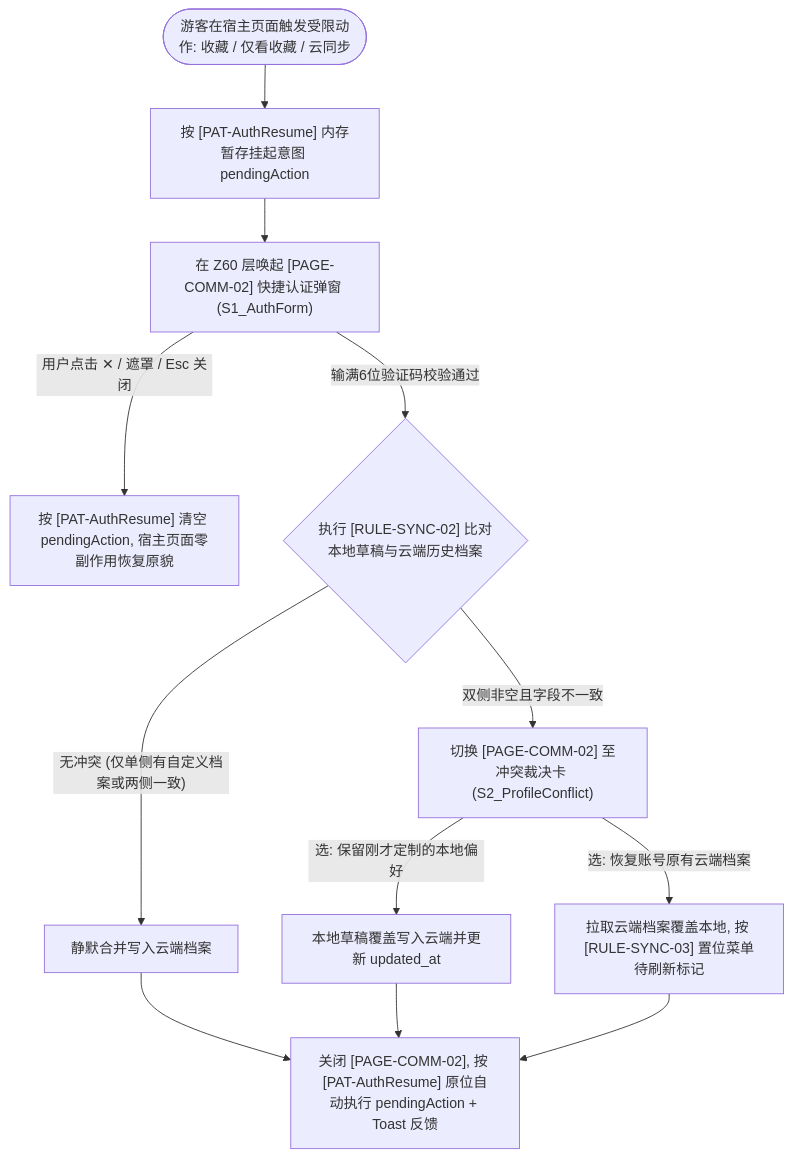
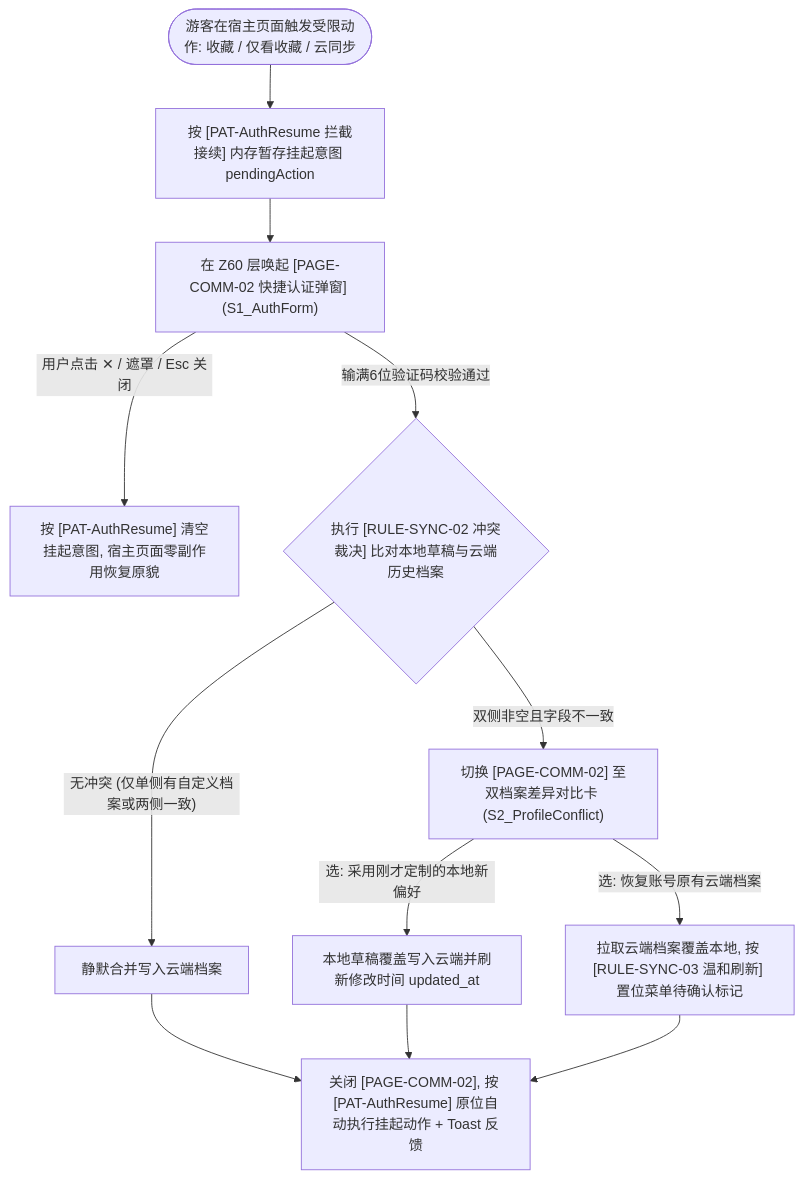
The second of 2 diagrams in Product/spec/04-ia-and-flows/flows/auth-and-onboarding.md (icecream154/Cookbook), drawn with Mermaid before and after one commit. The commit also changed other lines of this file and 43 other files, not shown here.

````diff
--- a/Product/spec/04-ia-and-flows/flows/auth-and-onboarding.md
+++ b/Product/spec/04-ia-and-flows/flows/auth-and-onboarding.md
@@ -46,16 +46,16 @@
 ```mermaid
 flowchart TD
-    TRIGGER(["游客在宿主页面触发受限动作: 收藏 / 仅看收藏 / 云同步"]) --> RECORD_ACT["按 [PAT-AuthResume] 内存暂存挂起意图 pendingAction"]
-    RECORD_ACT --> OPEN_AUTH["在 Z60 层唤起 [PAGE-COMM-02] 快捷认证弹窗 (S1_AuthForm)"]
+    TRIGGER(["游客在宿主页面触发受限动作: 收藏 / 仅看收藏 / 云同步"]) --> RECORD_ACT["按 [PAT-AuthResume 拦截接续] 内存暂存挂起意图 pendingAction"]
+    RECORD_ACT --> OPEN_AUTH["在 Z60 层唤起 [PAGE-COMM-02 快捷认证弹窗] (S1_AuthForm)"]
 
-    OPEN_AUTH -- "用户点击 ✕ / 遮罩 / Esc 关闭" --> ABORT["按 [PAT-AuthResume] 清空 pendingAction, 宿主页面零副作用恢复原貌"]
-    OPEN_AUTH -- "输满6位验证码校验通过" --> DIFF_CHECK{"执行 [RULE-SYNC-02] 比对本地草稿与云端历史档案"}
+    OPEN_AUTH -- "用户点击 ✕ / 遮罩 / Esc 关闭" --> ABORT["按 [PAT-AuthResume] 清空挂起意图, 宿主页面零副作用恢复原貌"]
+    OPEN_AUTH -- "输满6位验证码校验通过" --> DIFF_CHECK{"执行 [RULE-SYNC-02 冲突裁决] 比对本地草稿与云端历史档案"}
 
     DIFF_CHECK -- "无冲突 (仅单侧有自定义档案或两侧一致)" --> AUTO_SYNC["静默合并写入云端档案"]
-    DIFF_CHECK -- "双侧非空且字段不一致" --> CONFLICT_UI["切换 [PAGE-COMM-02] 至冲突裁决卡 (S2_ProfileConflict)"]
+    DIFF_CHECK -- "双侧非空且字段不一致" --> CONFLICT_UI["切换 [PAGE-COMM-02] 至双档案差异对比卡 (S2_ProfileConflict)"]
 
-    CONFLICT_UI -- "选: 保留刚才定制的本地偏好" --> OVERWRITE_CLOUD["本地草稿覆盖写入云端并更新 updated_at"]
-    CONFLICT_UI -- "选: 恢复账号原有云端档案" --> PULL_CLOUD["拉取云端档案覆盖本地, 按 [RULE-SYNC-03] 置位菜单待刷新标记"]
+    CONFLICT_UI -- "选: 采用刚才定制的本地新偏好" --> OVERWRITE_CLOUD["本地草稿覆盖写入云端并刷新修改时间 updated_at"]
+    CONFLICT_UI -- "选: 恢复账号原有云端档案" --> PULL_CLOUD["拉取云端档案覆盖本地, 按 [RULE-SYNC-03 温和刷新] 置位菜单待确认标记"]
 
-    AUTO_SYNC & OVERWRITE_CLOUD & PULL_CLOUD --> RESUME["关闭 [PAGE-COMM-02], 按 [PAT-AuthResume] 原位自动执行 pendingAction + Toast 反馈"]
+    AUTO_SYNC & OVERWRITE_CLOUD & PULL_CLOUD --> RESUME["关闭 [PAGE-COMM-02], 按 [PAT-AuthResume] 原位自动执行挂起动作 + Toast 反馈"]
 ```
````
